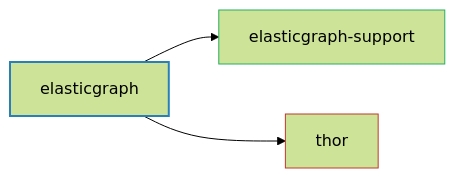
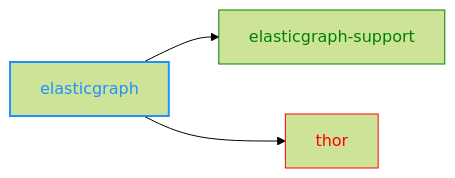
Before and after one commit to block/elasticgraph: the diagram in elasticgraph/README.md, drawn with Mermaid (forest theme). The commit also changed 23 other files, not shown here.

````diff
--- a/elasticgraph/README.md
+++ b/elasticgraph/README.md
@@ -8,11 +8,12 @@
 ```mermaid
 graph LR;
     elasticgraph["elasticgraph"];
     elasticgraph-support["elasticgraph-support"];
     elasticgraph --> elasticgraph-support;
     thor["thor"];
     elasticgraph --> thor;
-    style elasticgraph fill:#lightblue,stroke:#2980b9,stroke-width:2px,color:#000;
-    style elasticgraph-support fill:#lightgreen,stroke:#27ae60,stroke-width:1px,color:#000;
-    style thor fill:#lightcoral,stroke:#c0392b,stroke-width:1px,color:#000;
+    style elasticgraph color:DodgerBlue,stroke-width:2px,stroke:DodgerBlue;
+    style elasticgraph-support color:Green,stroke:Green;
+    style thor color:Red,stroke:Red;
+    click thor href "https://rubygems.org/gems/thor" "Open on RubyGems.org" _blank;
 ```
````
